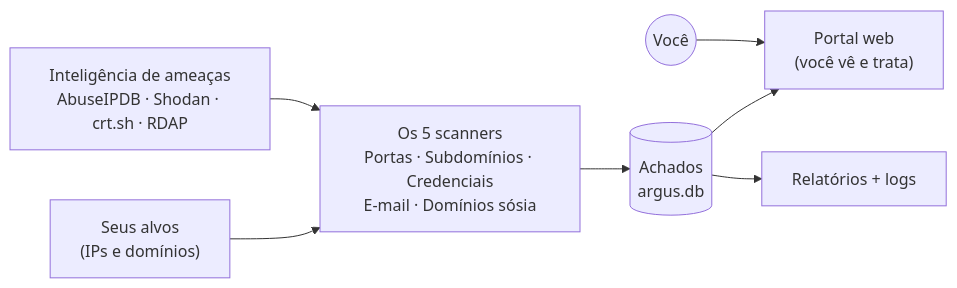
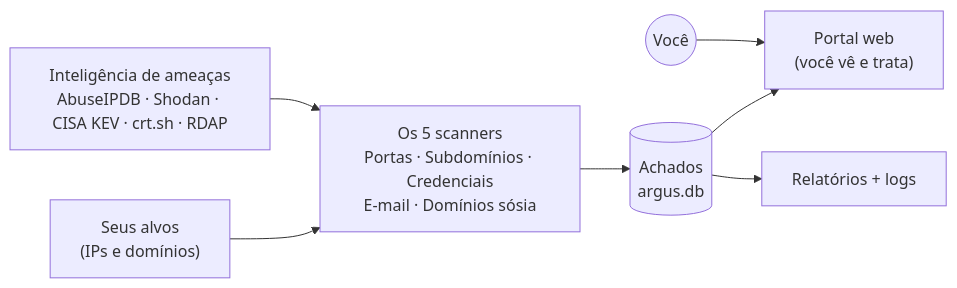
The diagram in README.md (boliveiras/argus-asm-v1), drawn with Mermaid before and after one commit. The commit also changed other lines of this file and 15 other files, not shown here.

````diff
--- a/README.md
+++ b/README.md
@@ -36,9 +38,9 @@
 ```mermaid
 flowchart LR
     A["Seus alvos<br/>(IPs e domínios)"] --> SC
-    TI["Inteligência de ameaças<br/>AbuseIPDB · Shodan · crt.sh · RDAP"] --> SC
+    TI["Inteligência de ameaças<br/>AbuseIPDB · Shodan · CISA KEV · crt.sh · RDAP"] --> SC
     SC["Os 5 scanners<br/>Portas · Subdomínios · Credenciais<br/>E-mail · Domínios sósia"] --> DB[("Achados<br/>argus.db")]
     DB --> P["Portal web<br/>(você vê e trata)"]
     DB --> R["Relatórios + logs"]
     U(("Você")) --> P
 ```
````
